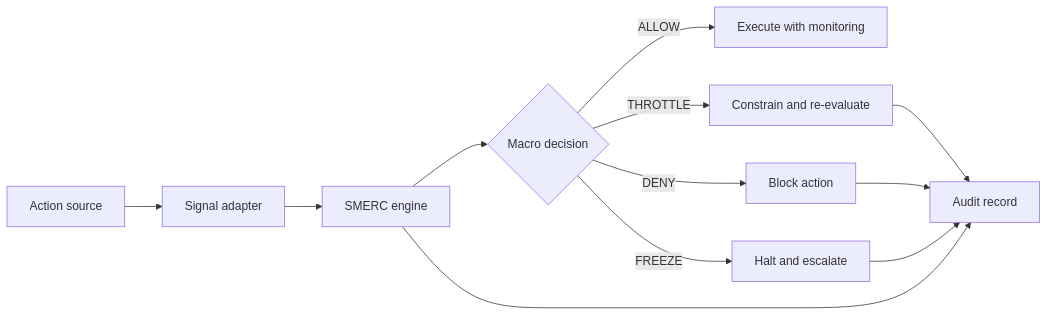
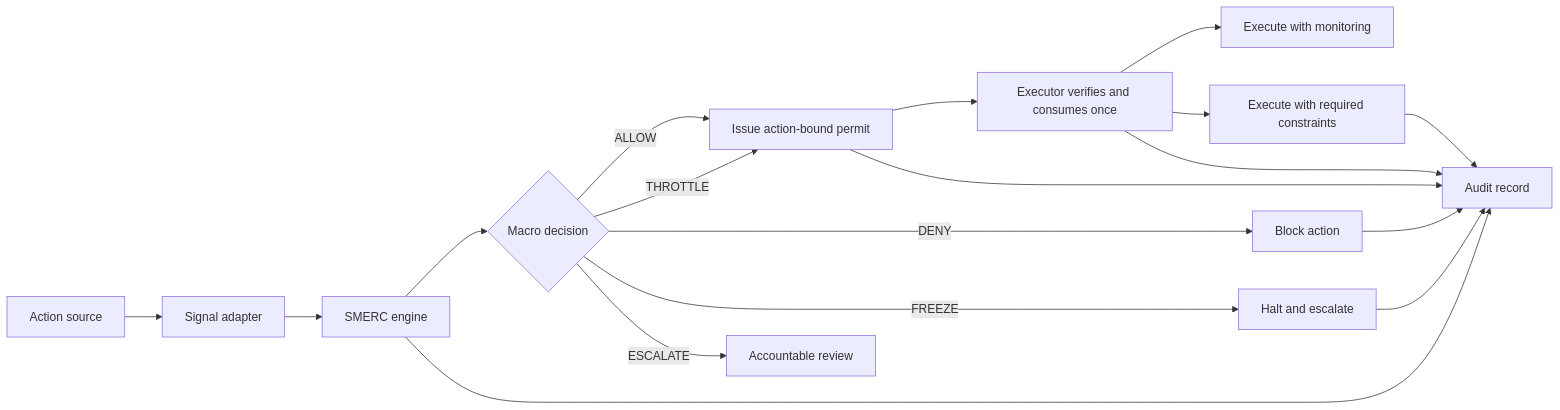
The diagram in architecture/System_Architecture.md (KingsMtn/SMERC-Runtime-Permission-Layer), drawn with Mermaid before and after one commit. The commit also changed other lines of this file and 19 other files, not shown here.

Commit message:
Add action-bound authorization permits

````diff
--- a/architecture/System_Architecture.md
+++ b/architecture/System_Architecture.md
@@ -14,14 +15,20 @@
 ```mermaid
 flowchart LR
   A["Action source"] --> B["Signal adapter"]
   B --> C["SMERC engine"]
   C --> D{"Macro decision"}
-  D -->|"ALLOW"| E["Execute with monitoring"]
-  D -->|"THROTTLE"| F["Constrain and re-evaluate"]
+  D -->|"ALLOW"| P["Issue action-bound permit"]
+  D -->|"THROTTLE"| P
+  P --> V["Executor verifies and consumes once"]
+  V --> E["Execute with monitoring"]
+  V --> F["Execute with required constraints"]
   D -->|"DENY"| G["Block action"]
   D -->|"FREEZE"| H["Halt and escalate"]
+  D -->|"ESCALATE"| J["Accountable review"]
   C --> I["Audit record"]
+  P --> I
+  V --> I
   F --> I
   G --> I
   H --> I
 ```
````
